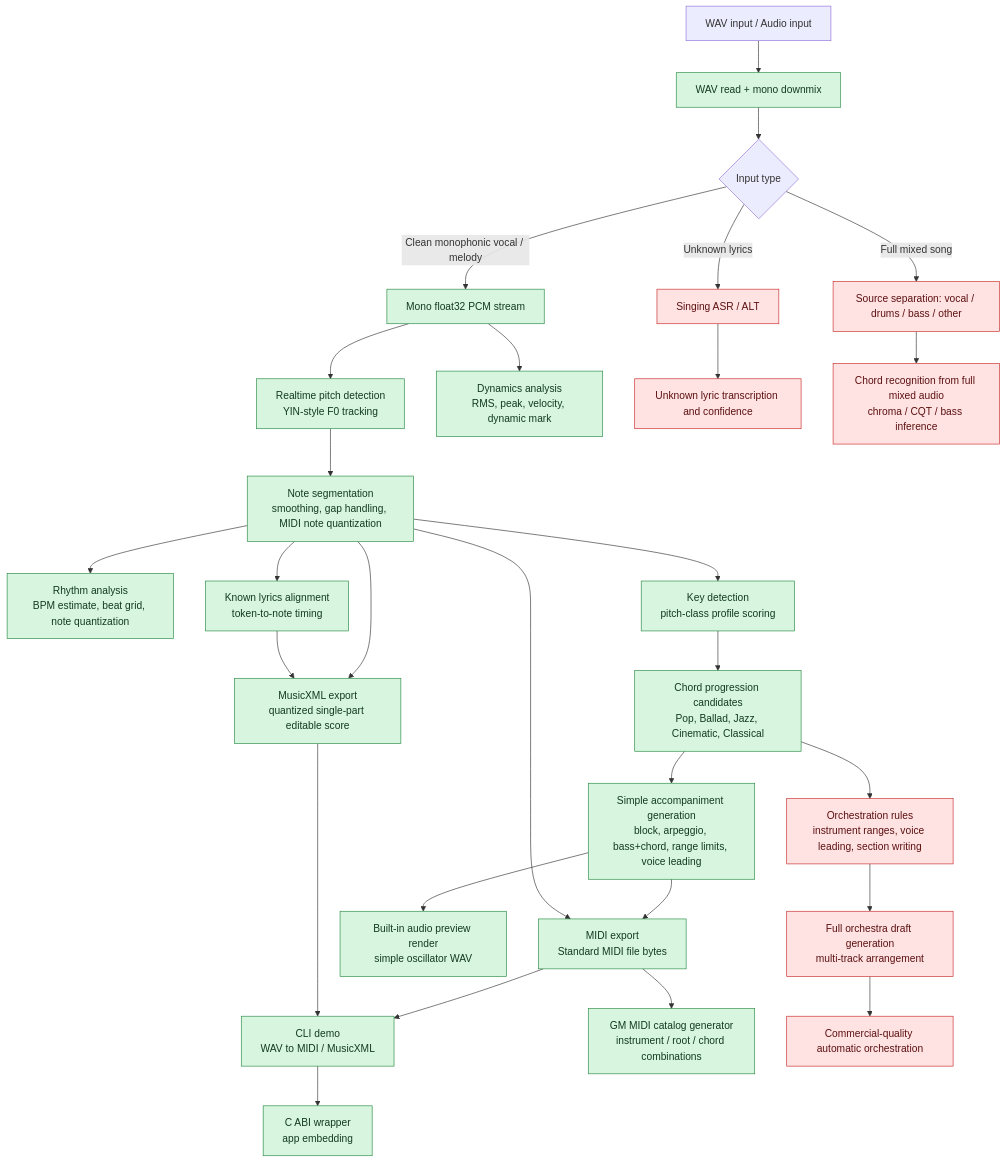
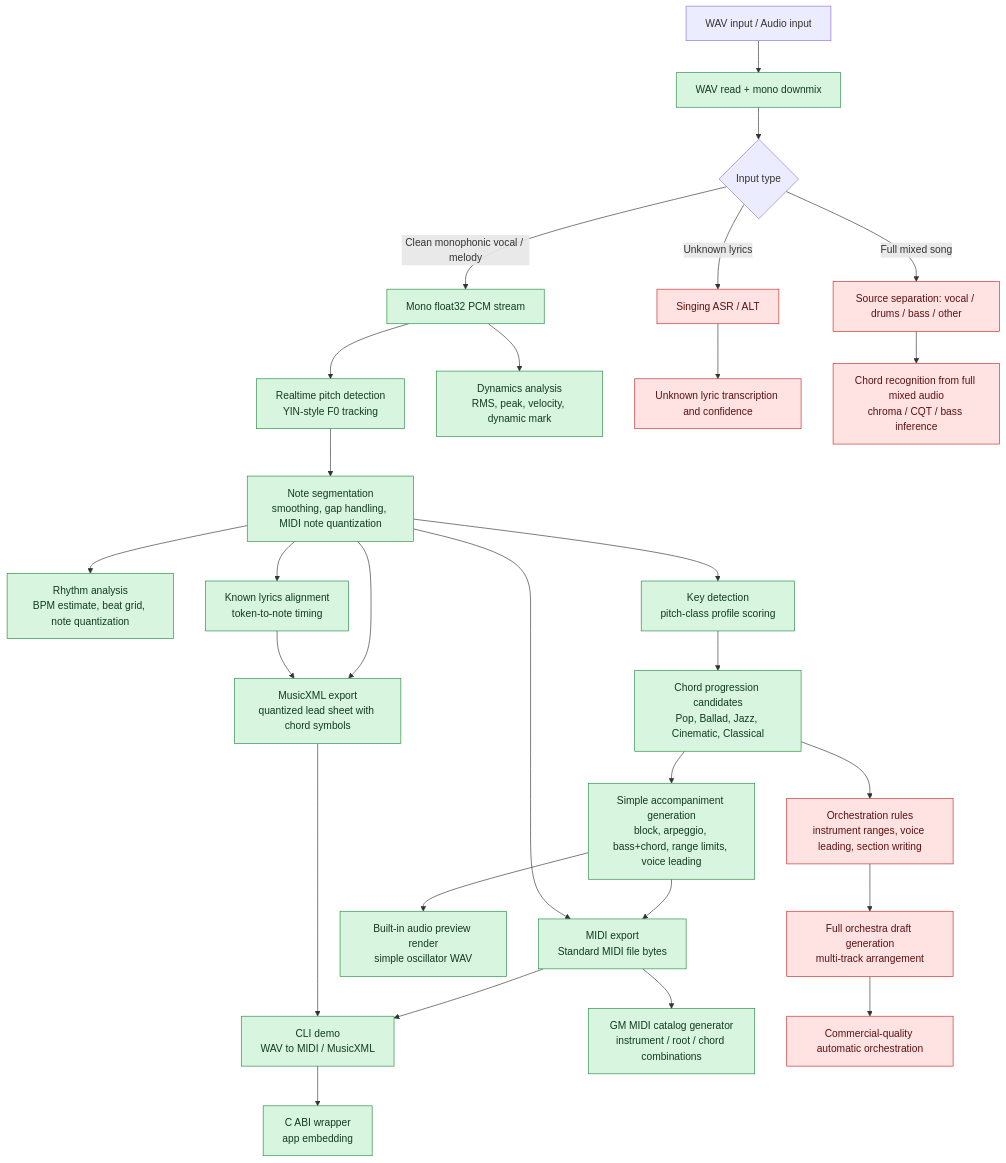
One commit to changweilin/music_elf changed the diagram in docs/algorithm_flow_status.md. Above: the diagram before and after it, drawn with Mermaid. The commit also changed other lines of this file and 7 other files, not shown here.

Commit message:
Add chord symbols to MusicXML lead sheets

````diff
--- a/docs/algorithm_flow_status.md
+++ b/docs/algorithm_flow_status.md
@@ -9,43 +9,43 @@
 ```mermaid
 flowchart TD
     A["WAV input / Audio input"] --> A1["WAV read + mono downmix"]
     A1 --> B{"Input type"}
 
     B -->|Clean monophonic vocal / melody| C["Mono float32 PCM stream"]
     B -->|Full mixed song| U1["Source separation: vocal / drums / bass / other"]
     B -->|Unknown lyrics| U2["Singing ASR / ALT"]
 
     C --> D["Realtime pitch detection<br/>YIN-style F0 tracking"]
     D --> E["Note segmentation<br/>smoothing, gap handling, MIDI note quantization"]
     E --> F["Rhythm analysis<br/>BPM estimate, beat grid, note quantization"]
     C --> G["Dynamics analysis<br/>RMS, peak, velocity, dynamic mark"]
 
     E --> H["Known lyrics alignment<br/>token-to-note timing"]
     U2 --> H2["Unknown lyric transcription and confidence"]
 
     E --> I["Key detection<br/>pitch-class profile scoring"]
     I --> J["Chord progression candidates<br/>Pop, Ballad, Jazz, Cinematic, Classical"]
     U1 --> U3["Chord recognition from full mixed audio<br/>chroma / CQT / bass inference"]
 
     J --> K["Simple accompaniment generation<br/>block, arpeggio, bass+chord, range limits, voice leading"]
     K --> L["MIDI export<br/>Standard MIDI file bytes"]
     K --> X4["Built-in audio preview render<br/>simple oscillator WAV"]
     E --> L
-    E --> M["MusicXML export<br/>quantized single-part editable score"]
+    E --> M["MusicXML export<br/>quantized lead sheet with chord symbols"]
     H --> M
     L --> X1["CLI demo<br/>WAV to MIDI / MusicXML"]
     M --> X1
     X1 --> X2["C ABI wrapper<br/>app embedding"]
     L --> X3["GM MIDI catalog generator<br/>instrument / root / chord combinations"]
 
     J --> P1["Orchestration rules<br/>instrument ranges, voice leading, section writing"]
     P1 --> U4["Full orchestra draft generation<br/>multi-track arrangement"]
     U4 --> U5["Commercial-quality automatic orchestration"]
 
     classDef done fill:#d8f5df,stroke:#278a43,color:#123b20;
     classDef partial fill:#fff3bf,stroke:#b08900,color:#4a3b00;
     classDef todo fill:#ffe3e3,stroke:#c92a2a,color:#5c1010;
 
     class A1,C,D,E,F,G,H,I,J,K,L,M,X1,X2,X3,X4 done;
     class U1,U2,H2,U3,P1,U4,U5 todo;
 ```
````
